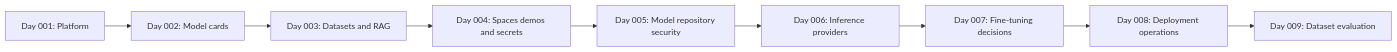
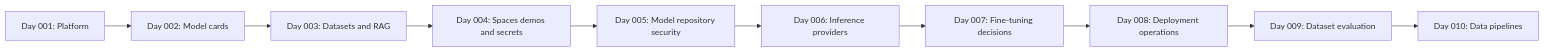
One commit to codetherapistpita-oss/codetherapistpita-oss changed the diagram in knowledge-hub/05-AI-AND-LLMS/AI-ACADEMY/PLATFORMS/HUGGING-FACE/SEASON-01/README.md. Above: the diagram before and after it, drawn with Mermaid. The commit also changed other lines of this file, not shown here.

Commit message:
academy: add Day 010 to platform and academy indexes

````diff
--- a/knowledge-hub/05-AI-AND-LLMS/AI-ACADEMY/PLATFORMS/HUGGING-FACE/SEASON-01/README.md
+++ b/knowledge-hub/05-AI-AND-LLMS/AI-ACADEMY/PLATFORMS/HUGGING-FACE/SEASON-01/README.md
@@ -25,11 +26,12 @@
 ```mermaid
 flowchart LR
  A[Day 001: Platform] --> B[Day 002: Model cards]
  B --> C[Day 003: Datasets and RAG]
  C --> D[Day 004: Spaces demos and secrets]
  D --> E[Day 005: Model repository security]
  E --> F[Day 006: Inference providers]
  F --> G[Day 007: Fine-tuning decisions]
  G --> H[Day 008: Deployment operations]
  H --> I[Day 009: Dataset evaluation]
+ I --> J[Day 010: Data pipelines]
 ```
````
